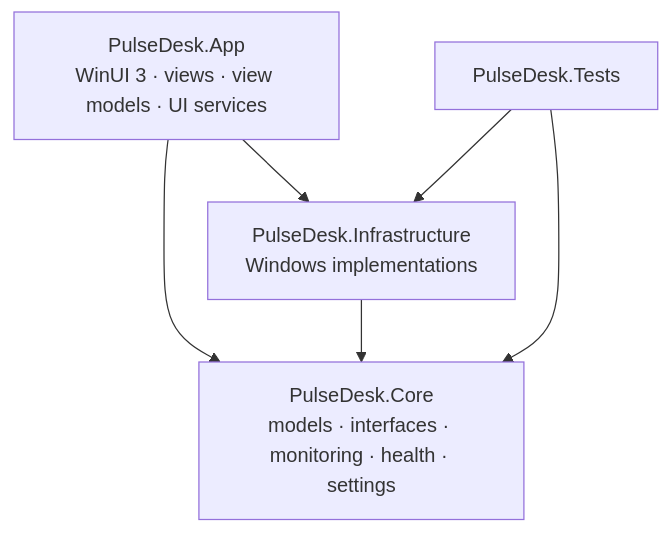
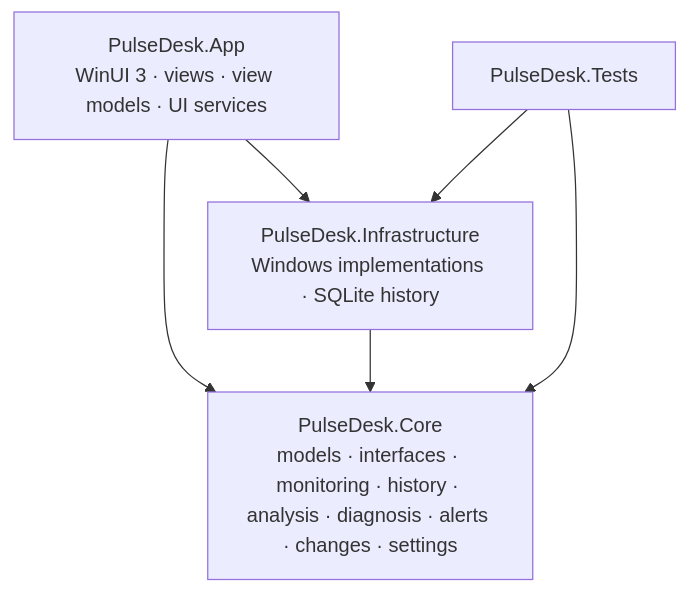
One commit to Elpo55/Sysora changed the first of 3 diagrams in docs/architecture.md. Above: the diagram before and after it, drawn with Mermaid. The commit also changed other lines of this file and 110 other files, not shown here.

First line of the commit message:
Add diagnosis, replay, app impact, change detection and smart alerts

````diff
--- a/docs/architecture.md
+++ b/docs/architecture.md
@@ -5,12 +5,12 @@
 ```mermaid
 flowchart TB
     App["PulseDesk.App<br/>WinUI 3 · views · view models · UI services"]
-    Core["PulseDesk.Core<br/>models · interfaces · monitoring · health · settings"]
-    Infra["PulseDesk.Infrastructure<br/>Windows implementations"]
+    Core["PulseDesk.Core<br/>models · interfaces · monitoring · history · analysis · diagnosis · alerts · changes · settings"]
+    Infra["PulseDesk.Infrastructure<br/>Windows implementations · SQLite history"]
     Tests["PulseDesk.Tests"]
     App --> Core
     App --> Infra
     Infra --> Core
     Tests --> Core
     Tests --> Infra
 ```
````
